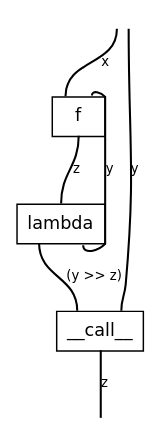
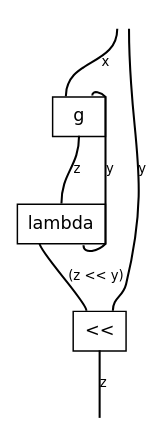
The diagram in docs/_static/cmap/biclosed-curry-left.dot (discopy/discopy), drawn with Graphviz before and after one commit. The commit also changed 30 other files, not shown here.

```diff
--- a/docs/_static/cmap/biclosed-curry-left.dot
+++ b/docs/_static/cmap/biclosed-curry-left.dot
@@ -1,18 +1,18 @@
 graph cmap {
   graph [bgcolor="white", fontname="DejaVu Sans", layout="dot", margin="0.04", outputorder="edgesfirst", overlap="false", rankdir="TB", splines="true"];
   node [color="black", fontname="DejaVu Sans", fontsize="12", margin="0", shape="plain"];
   edge [color="black", fontname="DejaVu Sans", fontsize="9", headclip="true", penwidth="1.4", tailclip="true"];
-  v0 [label=<<TABLE BORDER="0" CELLBORDER="0" CELLSPACING="0"><TR><TD PORT="p2" TOOLTIP="dom 0: x (up, up)" BORDER="0" CELLPADDING="0" COLSPAN="1" WIDTH="18" HEIGHT="0"></TD><TD PORT="p3" TOOLTIP="dom 1: y (up, up)" BORDER="0" CELLPADDING="0" COLSPAN="1" WIDTH="18" HEIGHT="0"></TD></TR><TR><TD BORDER="1" CELLPADDING="6" COLSPAN="2" WIDTH="36">f</TD></TR><TR><TD PORT="p4" TOOLTIP="cod 0: z (down, down)" BORDER="0" CELLPADDING="0" COLSPAN="2" WIDTH="36" HEIGHT="0"></TD></TR></TABLE>>];
-  v1 [label=<<TABLE BORDER="0" CELLBORDER="0" CELLSPACING="0"><TR><TD PORT="p5" TOOLTIP="dom 0: z (up, up)" BORDER="0" CELLPADDING="0" COLSPAN="2" WIDTH="36" HEIGHT="0"></TD></TR><TR><TD BORDER="1" CELLPADDING="6" COLSPAN="2" WIDTH="36">lambda</TD></TR><TR><TD PORT="p7" TOOLTIP="cod 0: (y &gt;&gt; z) (down, down)" BORDER="0" CELLPADDING="0" COLSPAN="1" WIDTH="18" HEIGHT="0"></TD><TD PORT="p6" TOOLTIP="cod 1: y (down, down)" BORDER="0" CELLPADDING="0" COLSPAN="1" WIDTH="18" HEIGHT="0"></TD></TR></TABLE>>];
-  v2 [label=<<TABLE BORDER="0" CELLBORDER="0" CELLSPACING="0"><TR><TD PORT="p8" TOOLTIP="dom 0: (y &gt;&gt; z) (up, up)" BORDER="0" CELLPADDING="0" COLSPAN="1" WIDTH="18" HEIGHT="0"></TD><TD PORT="p9" TOOLTIP="dom 1: y (up, up)" BORDER="0" CELLPADDING="0" COLSPAN="1" WIDTH="18" HEIGHT="0"></TD></TR><TR><TD BORDER="1" CELLPADDING="6" COLSPAN="2" WIDTH="36">__call__</TD></TR><TR><TD PORT="p10" TOOLTIP="cod 0: z (down, down)" BORDER="0" CELLPADDING="0" COLSPAN="2" WIDTH="36" HEIGHT="0"></TD></TR></TABLE>>];
+  v0 [label=<<TABLE BORDER="0" CELLBORDER="0" CELLSPACING="0"><TR><TD PORT="p2" TOOLTIP="dom 0: x (up)" BORDER="0" CELLPADDING="0" COLSPAN="1" WIDTH="18" HEIGHT="0"></TD><TD PORT="p3" TOOLTIP="dom 1: y (up)" BORDER="0" CELLPADDING="0" COLSPAN="1" WIDTH="18" HEIGHT="0"></TD></TR><TR><TD BORDER="1" CELLPADDING="6" COLSPAN="2" WIDTH="36">g</TD></TR><TR><TD PORT="p4" TOOLTIP="cod 0: z (down)" BORDER="0" CELLPADDING="0" COLSPAN="2" WIDTH="36" HEIGHT="0"></TD></TR></TABLE>>];
+  v1 [label=<<TABLE BORDER="0" CELLBORDER="0" CELLSPACING="0"><TR><TD PORT="p5" TOOLTIP="dom 0: z (up)" BORDER="0" CELLPADDING="0" COLSPAN="2" WIDTH="36" HEIGHT="0"></TD></TR><TR><TD BORDER="1" CELLPADDING="6" COLSPAN="2" WIDTH="36">lambda</TD></TR><TR><TD PORT="p7" TOOLTIP="cod 0: (z &lt;&lt; y) (down)" BORDER="0" CELLPADDING="0" COLSPAN="1" WIDTH="18" HEIGHT="0"></TD><TD PORT="p6" TOOLTIP="cod 1: y (down)" BORDER="0" CELLPADDING="0" COLSPAN="1" WIDTH="18" HEIGHT="0"></TD></TR></TABLE>>];
+  v2 [label=<<TABLE BORDER="0" CELLBORDER="0" CELLSPACING="0"><TR><TD PORT="p8" TOOLTIP="dom 0: (z &lt;&lt; y) (up)" BORDER="0" CELLPADDING="0" COLSPAN="1" WIDTH="18" HEIGHT="0"></TD><TD PORT="p9" TOOLTIP="dom 1: y (up)" BORDER="0" CELLPADDING="0" COLSPAN="1" WIDTH="18" HEIGHT="0"></TD></TR><TR><TD BORDER="1" CELLPADDING="6" COLSPAN="2" WIDTH="36">&lt;&lt;</TD></TR><TR><TD PORT="p10" TOOLTIP="cod 0: z (down)" BORDER="0" CELLPADDING="0" COLSPAN="2" WIDTH="36" HEIGHT="0"></TD></TR></TABLE>>];
   input [label=<<TABLE BORDER="0" CELLBORDER="0" CELLSPACING="0"><TR><TD PORT="p0" TOOLTIP="input 0: x" BORDER="0" CELLPADDING="4"></TD><TD PORT="p1" TOOLTIP="input 1: y" BORDER="0" CELLPADDING="4"></TD></TR></TABLE>>];
   output [label=<<TABLE BORDER="0" CELLBORDER="0" CELLSPACING="0"><TR><TD PORT="p11" TOOLTIP="output 0: z" BORDER="0" CELLPADDING="4"></TD></TR></TABLE>>];
   { rank=min; input; }
   { rank=max; output; }
   input:p0:s -- v0:p2:n [label="x", labeldistance="1.6", len="0.85"];
   input:p1:s -- v2:p9:n [label="y", labeldistance="1.6", len="0.85"];
   v0:p3:n -- v1:p6:s [label="y", labeldistance="1.6", len="0.85"];
   v0:p4:s -- v1:p5:n [label="z", labeldistance="1.6", len="0.85"];
-  v1:p7:s -- v2:p8:n [label="(y >> z)", labeldistance="1.6", len="0.85"];
+  v1:p7:s -- v2:p8:n [label="(z << y)", labeldistance="1.6", len="0.85"];
   v2:p10:s -- output:p11:n [label="z", labeldistance="1.6", len="0.85"];
 }
```
